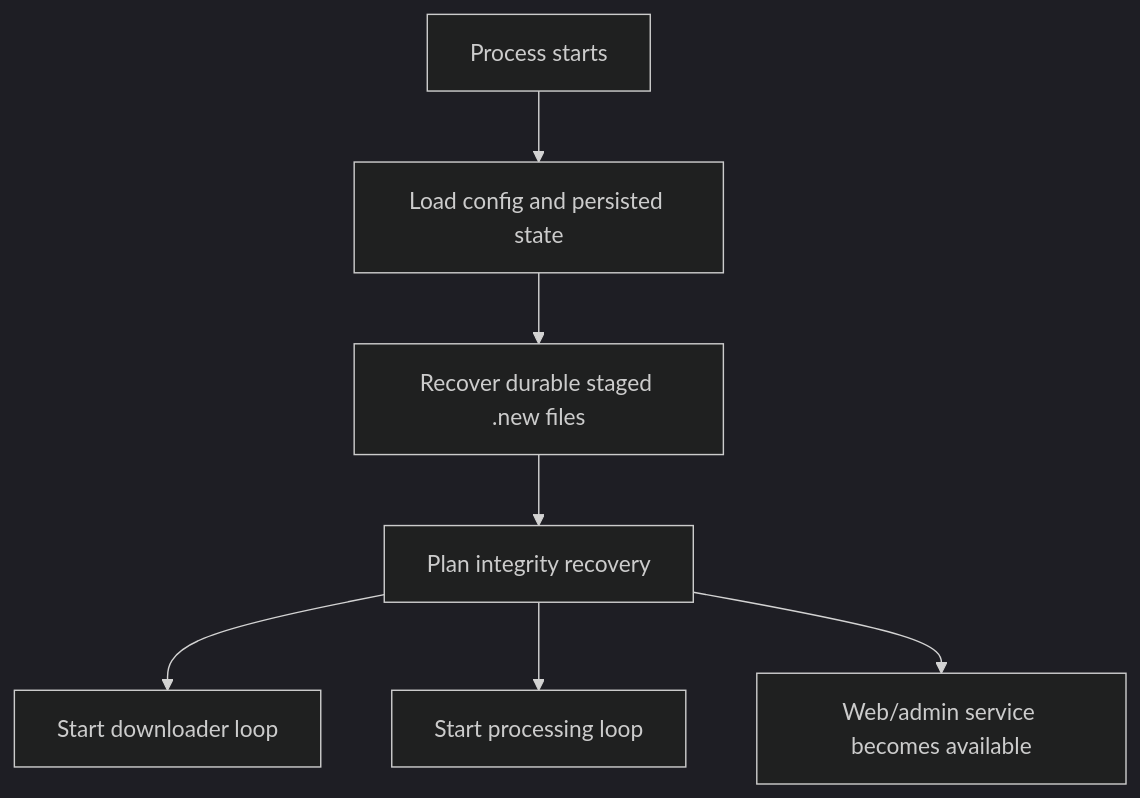
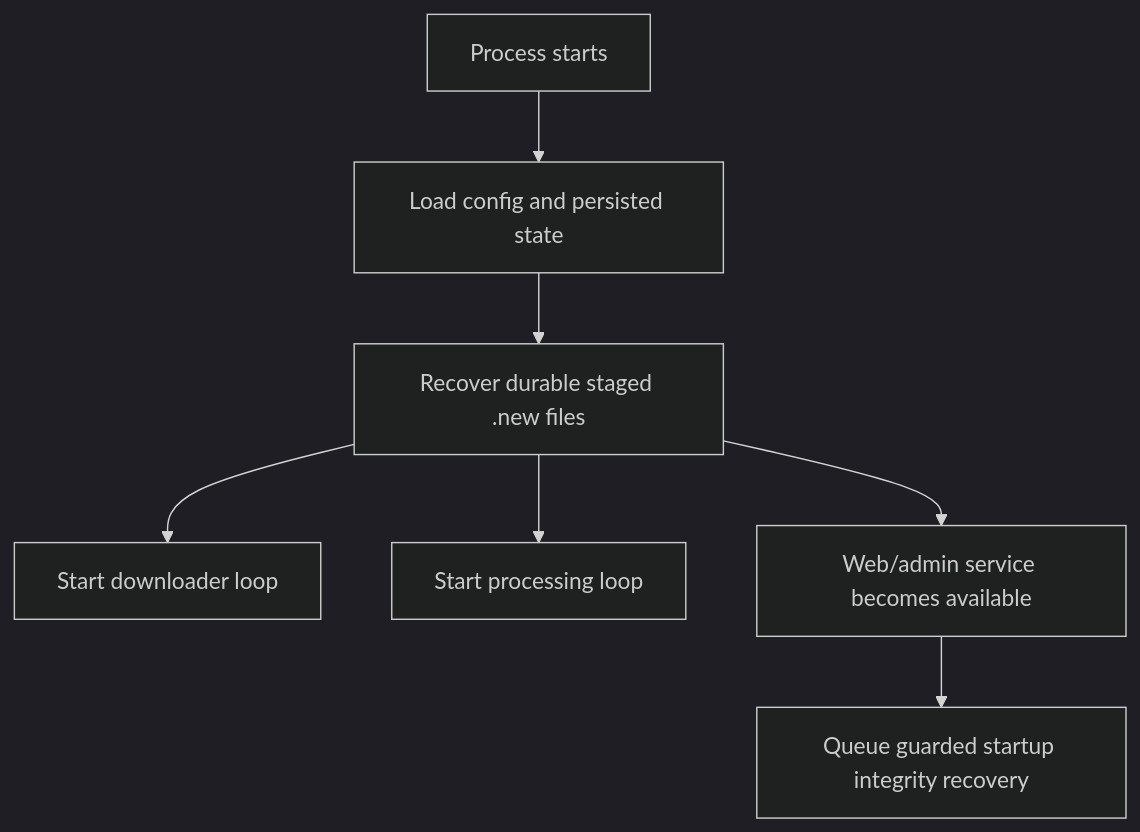
The second of 3 diagrams in .agents/sow/specs/pipeline.md (firehol/update-ipsets), drawn with Mermaid (dark theme) before and after one commit. The commit also changed other lines of this file and 96 other files, not shown here.

````diff
--- a/.agents/sow/specs/pipeline.md
+++ b/.agents/sow/specs/pipeline.md
@@ -487,9 +489,9 @@
 ```mermaid
 flowchart TD
     A[Process starts] --> B[Load config and persisted state]
     B --> C[Recover durable staged .new files]
-    C --> D[Plan integrity recovery]
-    D --> E[Start downloader loop]
-    D --> F[Start processing loop]
-    D --> G[Web/admin service becomes available]
+    C --> D[Start downloader loop]
+    C --> E[Start processing loop]
+    C --> F[Web/admin service becomes available]
+    F --> G[Queue guarded startup integrity recovery]
 ```
````
